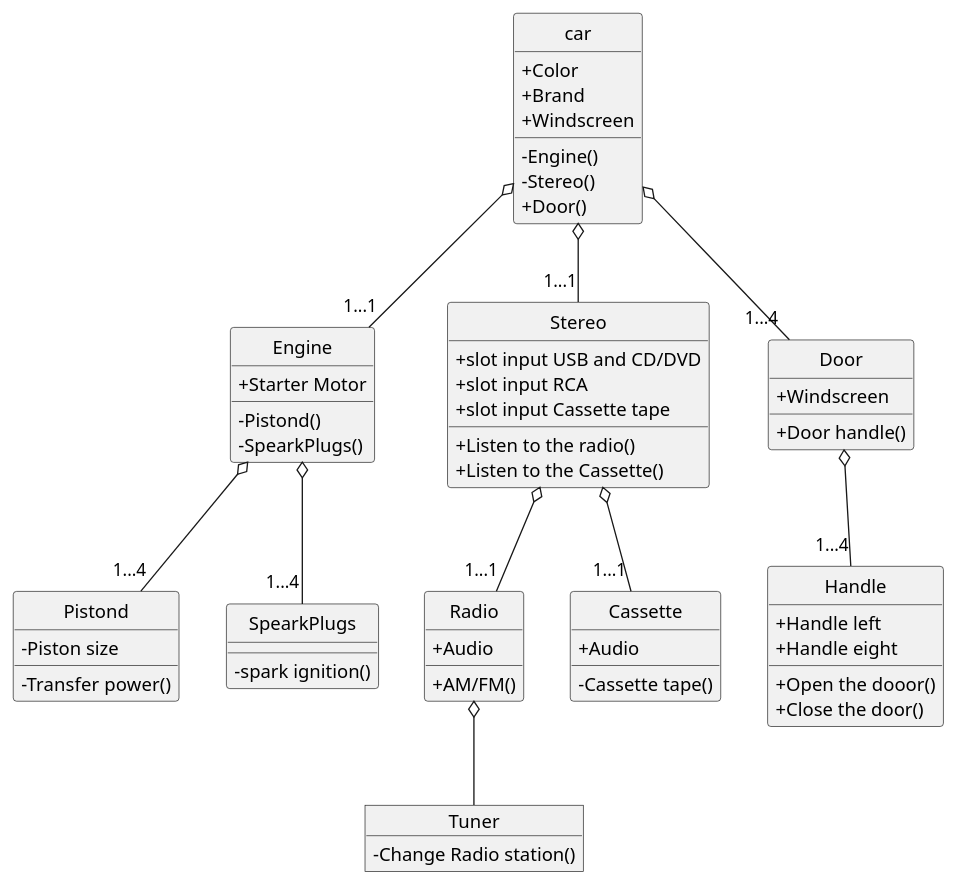
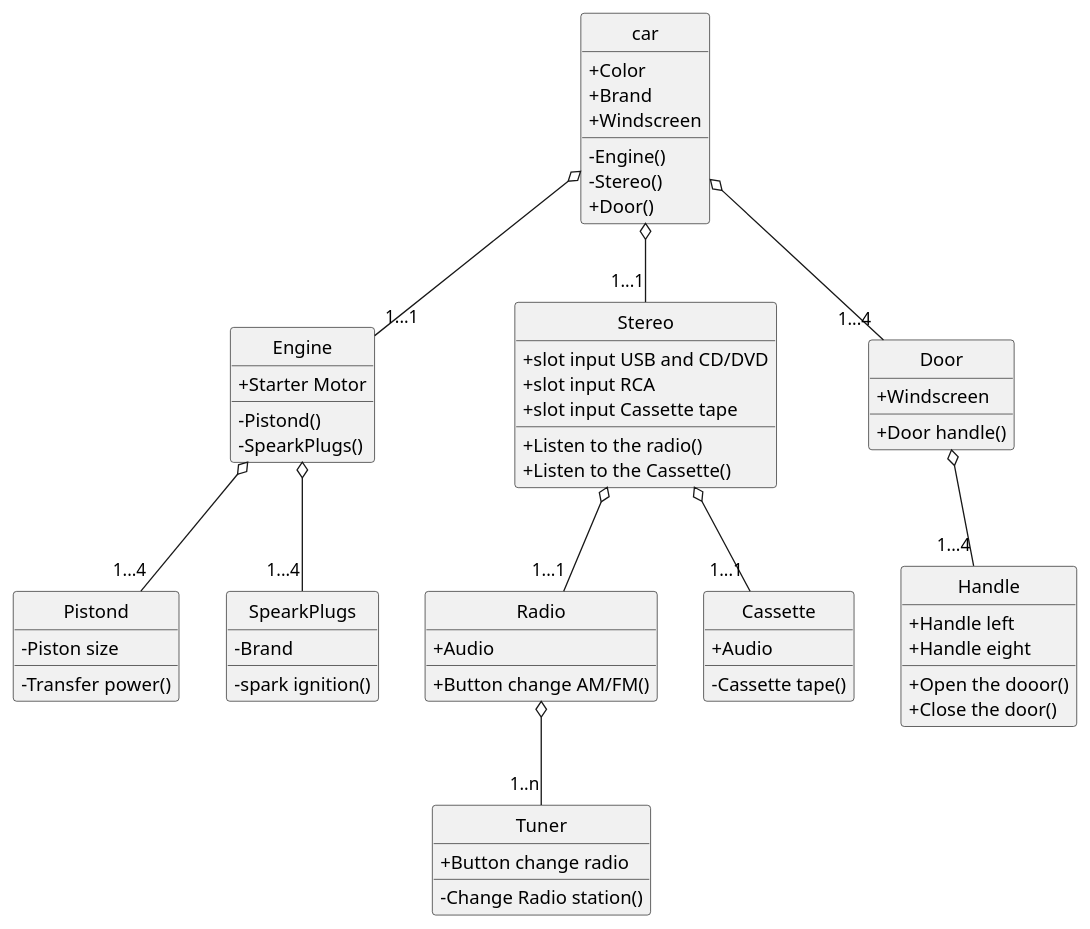
One commit to 03376808-OOAD/OOAD-WEEK09 changed the diagram in Lab submits/60030041/puml/car.puml. Above: the diagram before and after it, drawn with PlantUML. The commit also changed 1 other file, not shown here.

```diff
--- a/Lab submits/60030041/puml/car.puml
+++ b/Lab submits/60030041/puml/car.puml
@@ -1,65 +1,66 @@
 @startuml
 skinparam classAttributeIconSize 0
 hide circle
 class car{
    + Color
    + Brand
    + Windscreen
    -Engine()
    -Stereo()
    +Door()
 }
 class Engine{
 + Starter Motor
 -Pistond()
 -SpearkPlugs()
 }
 class Stereo{
  +slot input USB and CD/DVD
  +slot input RCA
  +slot input Cassette tape
  +Listen to the radio()
  +Listen to the Cassette()
 }
 class Door{
 +Windscreen
 +Door handle()
 }
 class Pistond{
 -Piston size
 -Transfer power()
 }
 class SpearkPlugs{
+-Brand
 -spark ignition()
 }
 class Radio{
 +Audio
-+AM/FM()
++Button change AM/FM()
 }
 class Cassette{
 +Audio
 -Cassette tape()
 }
 class Handle{
 +Handle left
 +Handle eight
 +Open the dooor()
 +Close the door()
 }
-object Tuner{
-
+class Tuner{
++Button change radio
 -Change Radio station()
 }
 
 car o-- "1...1"Engine
 car o-- "1...1"Stereo
 car o-- "1...4"Door
 Engine o-- "1...4"Pistond
 Engine o-- "1...4"SpearkPlugs
 Stereo o--  "1...1"Radio
 Stereo o-- "1...1"Cassette
 Door o-- "1...4"Handle
-Radio o-- Tuner
+Radio o-- "1..n"Tuner
 
 
 @enduml
```
